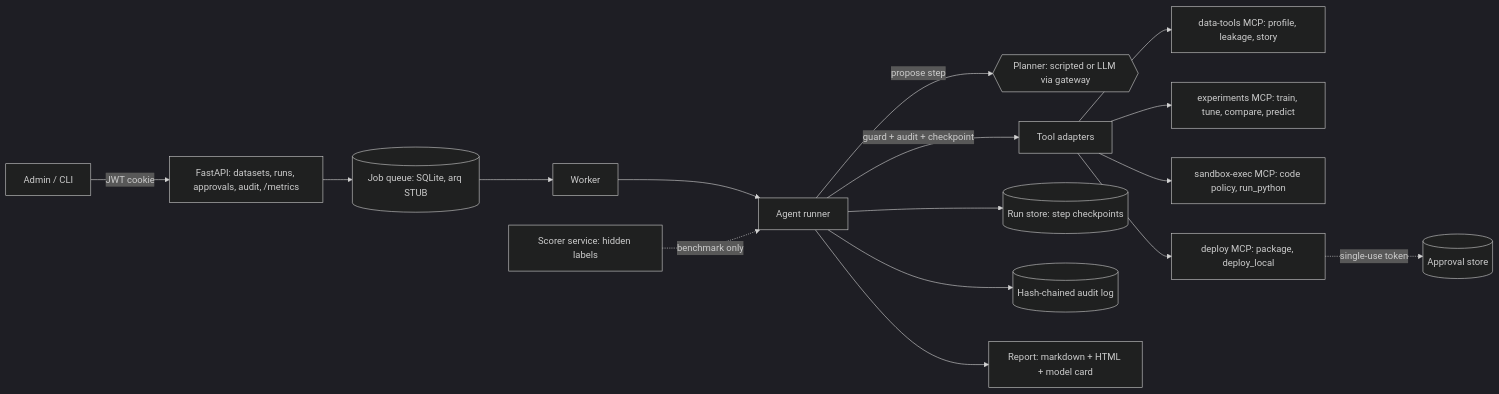
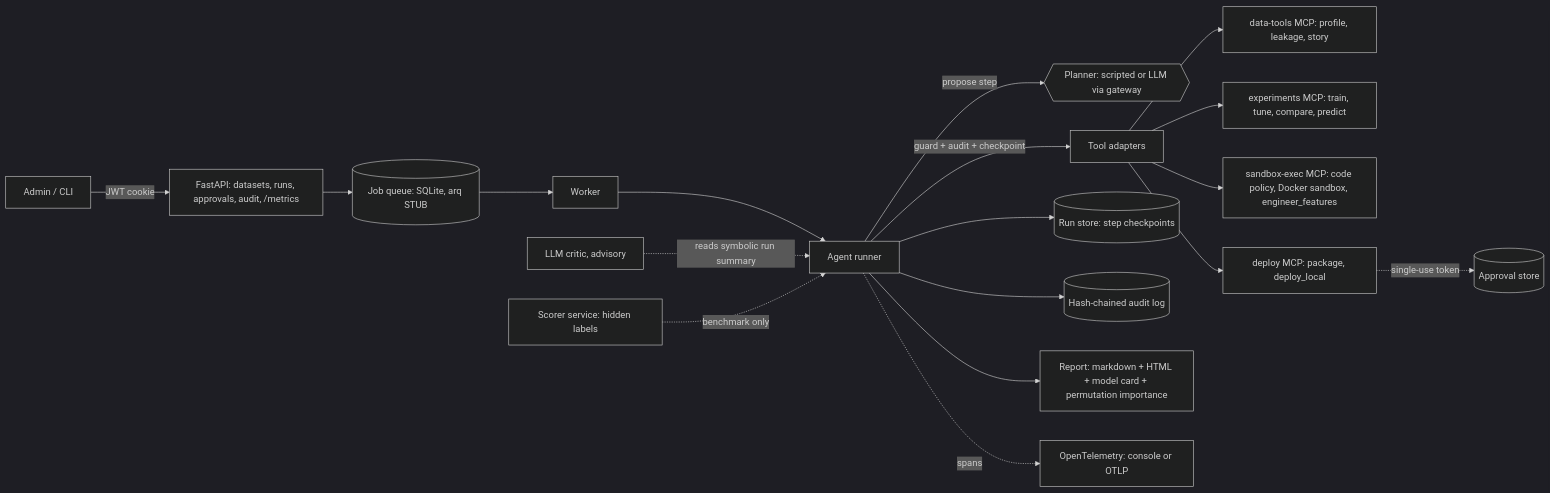
Before and after one commit to giri-harsh/junior-ml-dev: the diagram in README.md, drawn with Mermaid (dark theme). The commit also changed other lines of this file and 4 other files, not shown here.

````diff
--- a/README.md
+++ b/README.md
@@ -16,18 +26,20 @@
 ```mermaid
 flowchart LR
     U[Admin / CLI] -->|JWT cookie| API[FastAPI: datasets, runs, approvals, audit, /metrics]
     API --> Q[(Job queue: SQLite, arq STUB)]
     Q --> W[Worker]
     W --> R[Agent runner]
     R -->|propose step| P{{Planner: scripted or LLM via gateway}}
     R -->|guard + audit + checkpoint| T[Tool adapters]
     T --> DT[data-tools MCP: profile, leakage, story]
     T --> EX[experiments MCP: train, tune, compare, predict]
-    T --> SB[sandbox-exec MCP: code policy, run_python]
+    T --> SB[sandbox-exec MCP: code policy, Docker sandbox, engineer_features]
     T --> DP[deploy MCP: package, deploy_local]
     R --> S[(Run store: step checkpoints)]
     R --> A[(Hash-chained audit log)]
     DP -. single-use token .-> AP[(Approval store)]
-    R --> REP[Report: markdown + HTML + model card]
+    R --> REP[Report: markdown + HTML + model card + permutation importance]
+    R -. spans .-> OT[OpenTelemetry: console or OTLP]
+    CR[LLM critic, advisory] -. reads symbolic run summary .-> R
     SC[Scorer service: hidden labels] -. benchmark only .-> R
 ```
````
